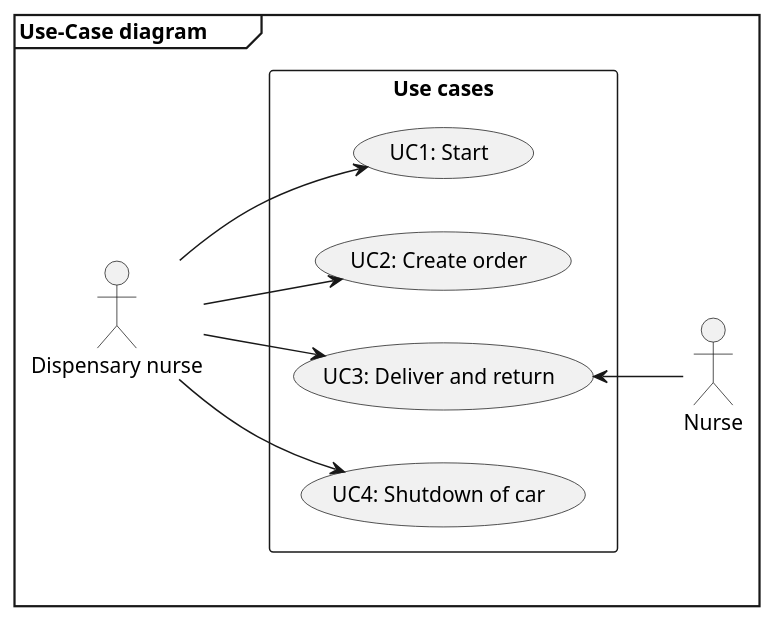
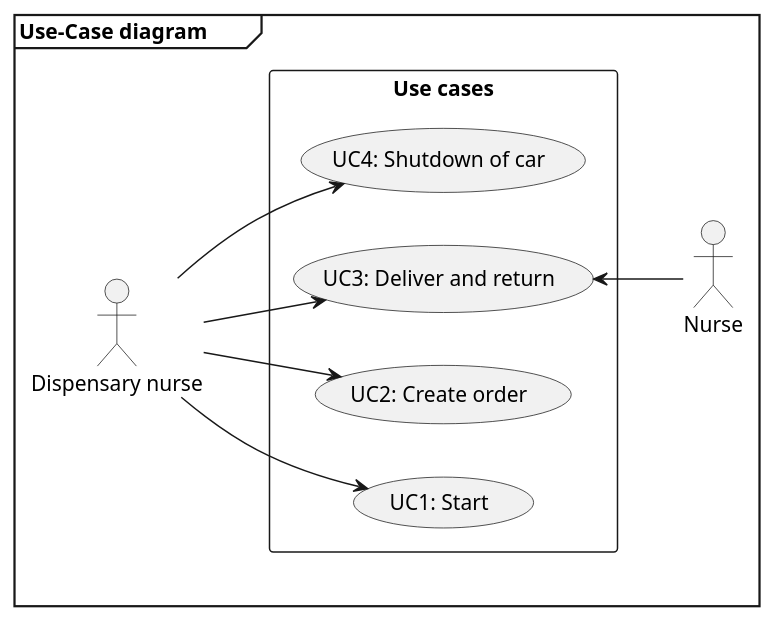
The diagram in docs/diagrams/Plantuml/requirements/usecase diagram.puml (lineklemensen/PRJ3), drawn with PlantUML before and after one commit.

Commit message:
use-case order on plantUML changed

```diff
--- a/docs/diagrams/Plantuml/requirements/usecase diagram.puml
+++ b/docs/diagrams/Plantuml/requirements/usecase diagram.puml
@@ -1,21 +1,21 @@
 @startuml
 left to right direction
 mainframe **Use-Case diagram**\t
 
 actor Nurse as n
 actor "Dispensary nurse" as dn
 
 rectangle "Use cases" {
-    usecase "UC1: Start" as UC1
+    usecase "UC4: Shutdown of car" as UC4
+    usecase "UC3: Deliver and return" as UC3
     usecase "UC2: Create order" as UC2
-    usecase "UC3: Deliver and return" as UC3
-    usecase "UC4: Shutdown of car" as UC4    
+    usecase "UC1: Start" as UC1  
 }
 
 dn --> UC1
 dn --> UC2
 dn --> UC3
 dn --> UC4
 
 UC3 <-- n
 @enduml
```
